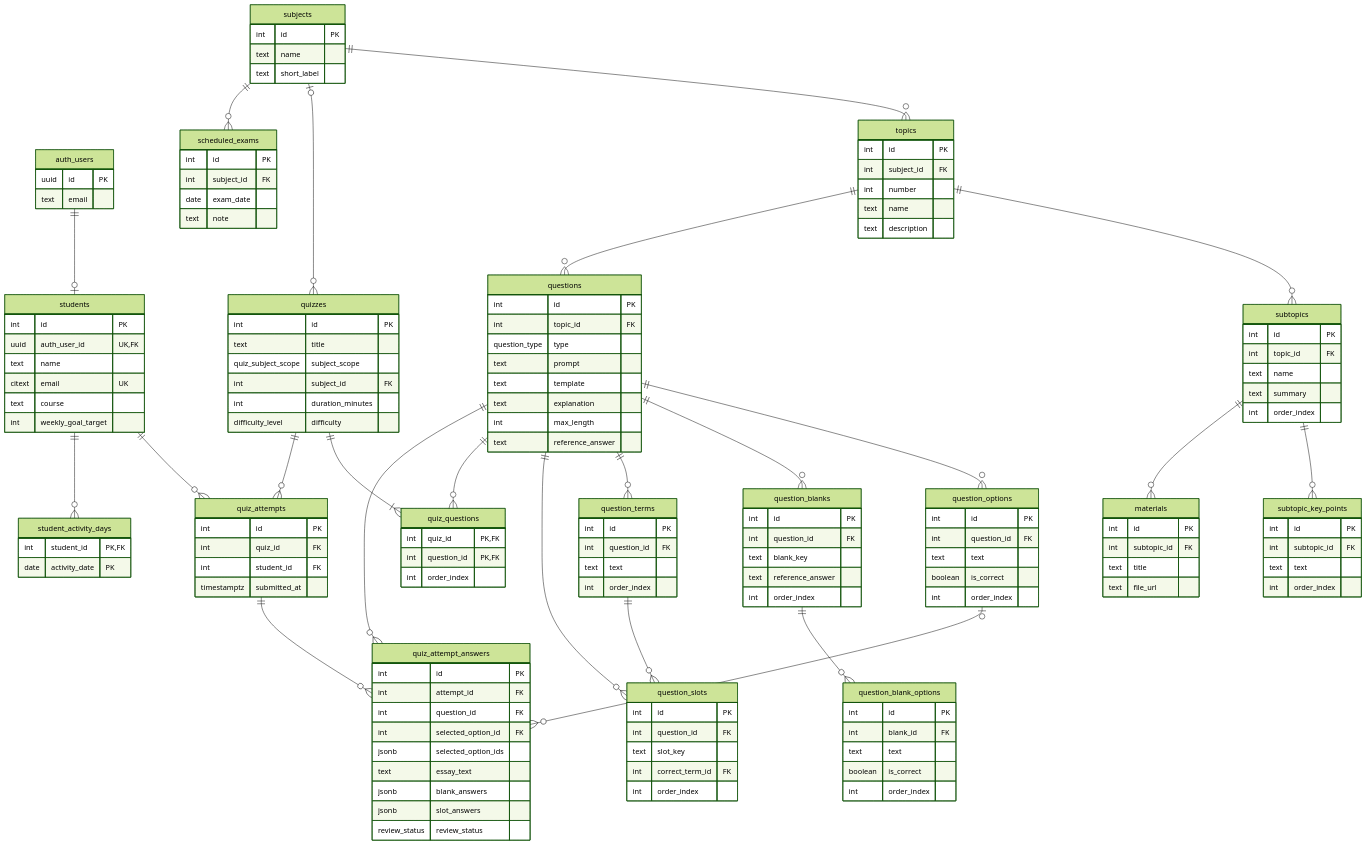
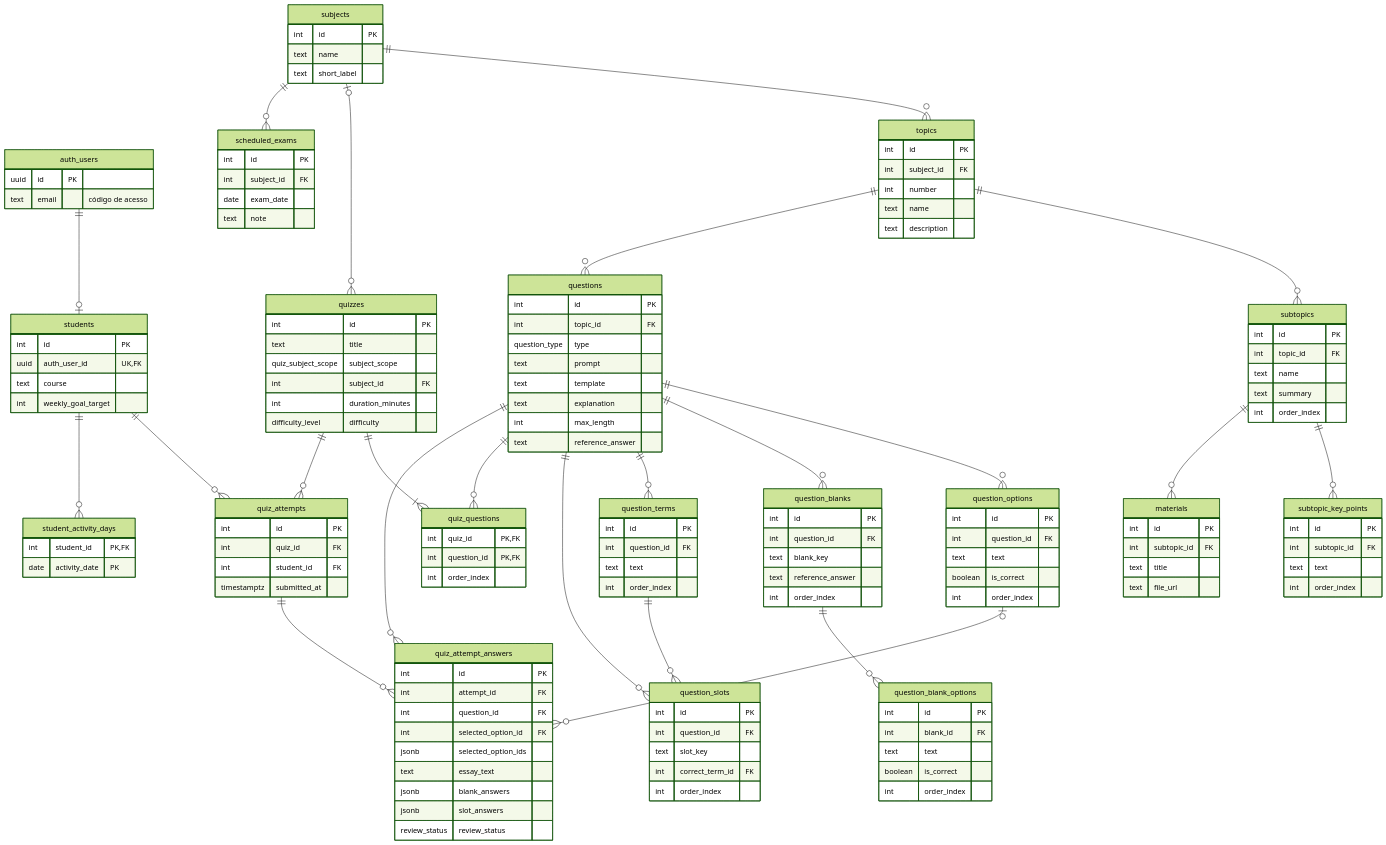
One commit to igor-fuchs01/student-app changed the second of 2 diagrams in docs/06-modelagem-de-dados.md. Above: the diagram before and after it, drawn with Mermaid (forest theme). The commit also changed other lines of this file and 6 other files, not shown here.

```diff
--- a/docs/06-modelagem-de-dados.md
+++ b/docs/06-modelagem-de-dados.md
@@ -302,14 +322,12 @@
 
     auth_users {
         uuid id PK
-        text email
+        text email "código de acesso"
     }
 
     students {
         int id PK
         uuid auth_user_id UK, FK
-        text name
-        citext email UK
         text course
         int weekly_goal_target
     }
```
